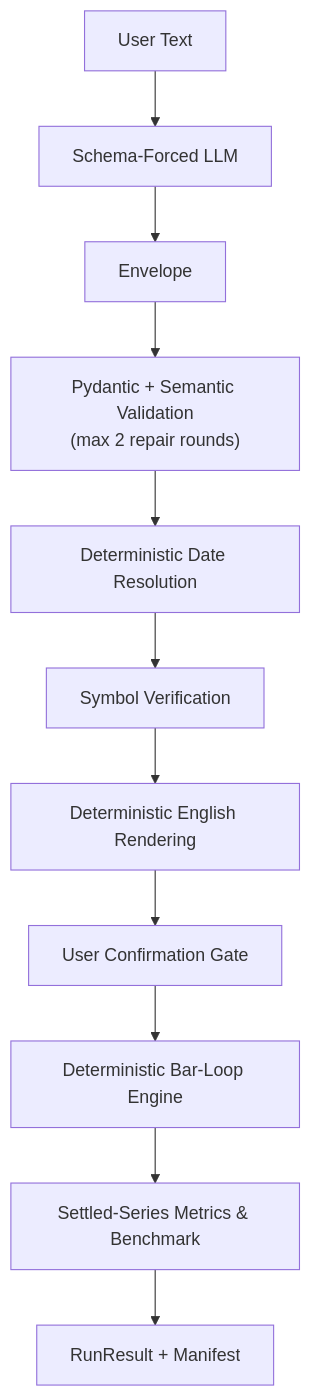
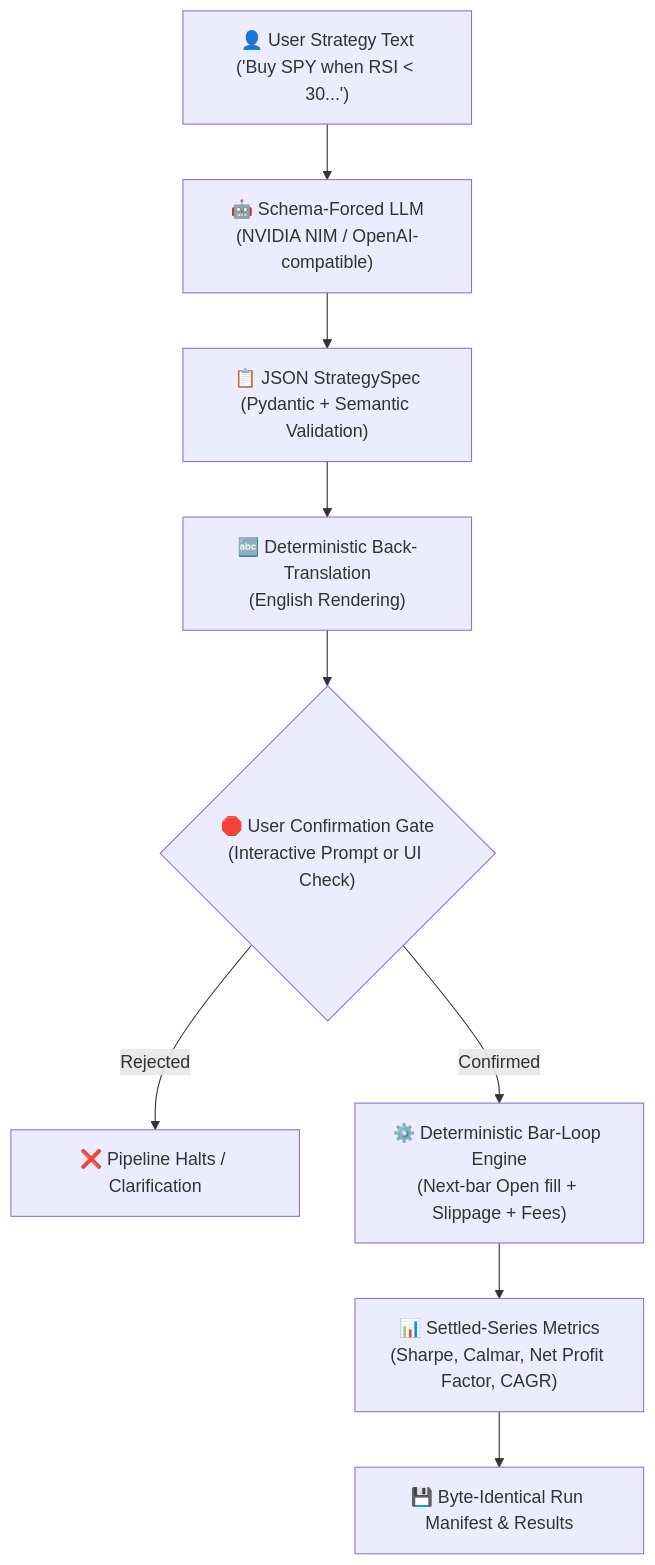
Before and after one commit to pratikjaiswalbussiness23-cloud/Backbat: the diagram in nlbt/README.md, drawn with Mermaid. The commit also changed other lines of this file and 1 other file, not shown here.

Commit message:
docs: update README with comprehensive guide and architecture diagram for nlbt

````diff
--- a/nlbt/README.md
+++ b/nlbt/README.md
@@ -91,13 +36,11 @@
 ```mermaid
 flowchart TD
-    A["User Text"] --> B["Schema-Forced LLM"]
-    B --> C["Envelope"]
-    C --> D["Pydantic + Semantic Validation<br/>(max 2 repair rounds)"]
-    D --> E["Deterministic Date Resolution"]
-    E --> F["Symbol Verification"]
-    F --> G["Deterministic English Rendering"]
-    G --> H["User Confirmation Gate"]
-    H --> I["Deterministic Bar-Loop Engine"]
-    I --> J["Settled-Series Metrics &amp; Benchmark"]
-    J --> K["RunResult + Manifest"]
+    A["👤 User Strategy Text\n('Buy SPY when RSI < 30...')"] --> B["🤖 Schema-Forced LLM\n(NVIDIA NIM / OpenAI-compatible)"]
+    B --> C["📋 JSON StrategySpec\n(Pydantic + Semantic Validation)"]
+    C --> D["🔤 Deterministic Back-Translation\n(English Rendering)"]
+    D --> E{"🛑 User Confirmation Gate\n(Interactive Prompt or UI Check)"}
+    E -- Rejected --> F["❌ Pipeline Halts / Clarification"]
+    E -- Confirmed --> G["⚙️ Deterministic Bar-Loop Engine\n(Next-bar Open fill + Slippage + Fees)"]
+    G --> H["📊 Settled-Series Metrics\n(Sharpe, Calmar, Net Profit Factor, CAGR)"]
+    H --> I["💾 Byte-Identical Run Manifest & Results"]
 ```
````
